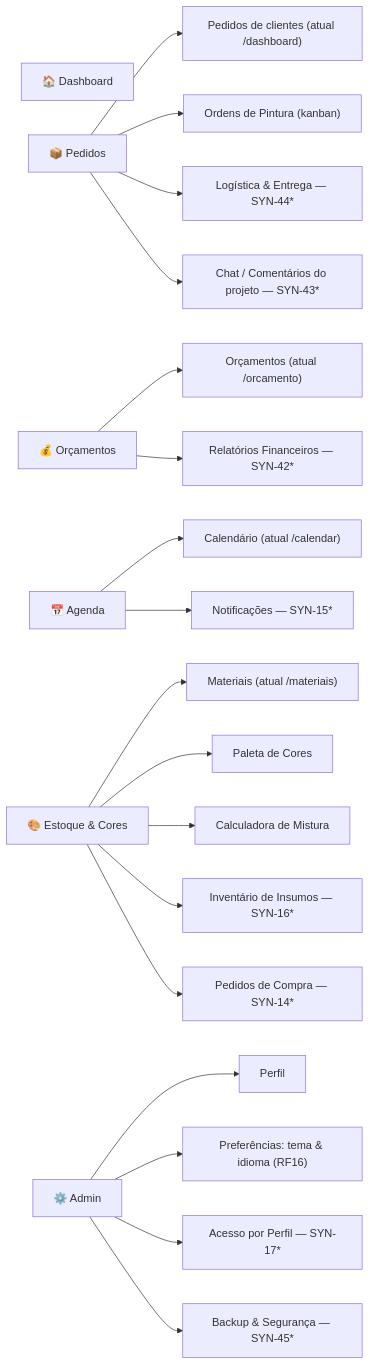
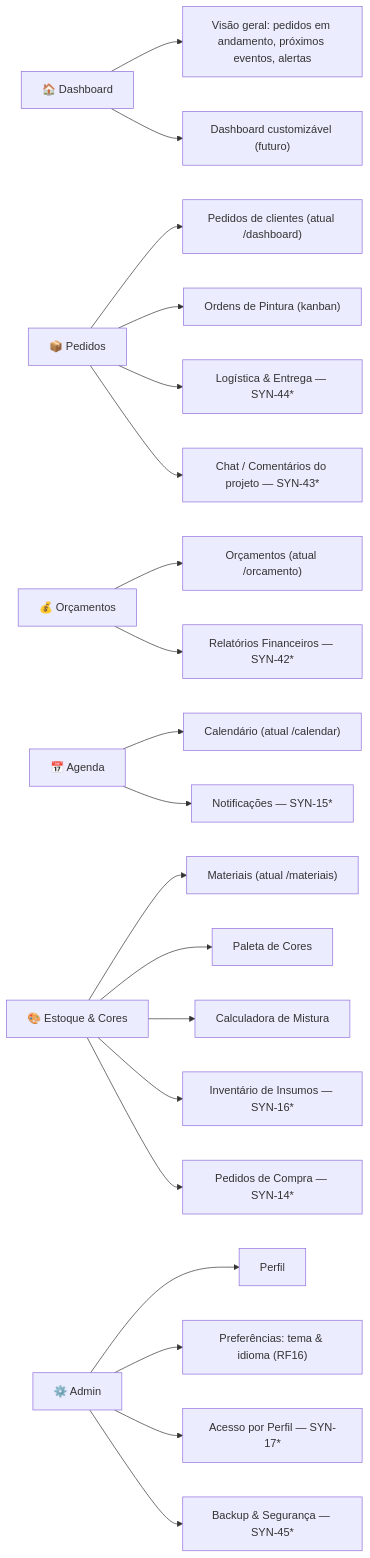
Before and after one commit to izabelly-code/synapse-forge-: the diagram in docs/syn-53-mapa-menu.md, drawn with Mermaid.

Commit message:
SYN-53: ancorar o nó Dashboard no diagrama do mapa do menu

````diff
--- a/docs/syn-53-mapa-menu.md
+++ b/docs/syn-53-mapa-menu.md
@@ -23,31 +23,34 @@
 ```mermaid
 flowchart LR
     D["🏠 Dashboard"]
     P["📦 Pedidos"]
     O["💰 Orçamentos"]
     A["📅 Agenda"]
     E["🎨 Estoque & Cores"]
     ADM["⚙️ Admin"]
+
+    D --> D1["Visão geral: pedidos em andamento, próximos eventos, alertas"]
+    D --> D2["Dashboard customizável (futuro)"]
 
     P --> P1["Pedidos de clientes (atual /dashboard)"]
     P --> P2["Ordens de Pintura (kanban)"]
     P --> P3["Logística & Entrega — SYN-44*"]
     P --> P4["Chat / Comentários do projeto — SYN-43*"]
 
     O --> O1["Orçamentos (atual /orcamento)"]
     O --> O2["Relatórios Financeiros — SYN-42*"]
 
     A --> A1["Calendário (atual /calendar)"]
     A --> A2["Notificações — SYN-15*"]
 
     E --> E1["Materiais (atual /materiais)"]
     E --> E2["Paleta de Cores"]
     E --> E3["Calculadora de Mistura"]
     E --> E4["Inventário de Insumos — SYN-16*"]
     E --> E5["Pedidos de Compra — SYN-14*"]
 
     ADM --> AD1["Perfil"]
     ADM --> AD2["Preferências: tema & idioma (RF16)"]
     ADM --> AD3["Acesso por Perfil — SYN-17*"]
     ADM --> AD4["Backup & Segurança — SYN-45*"]
 ```
````
